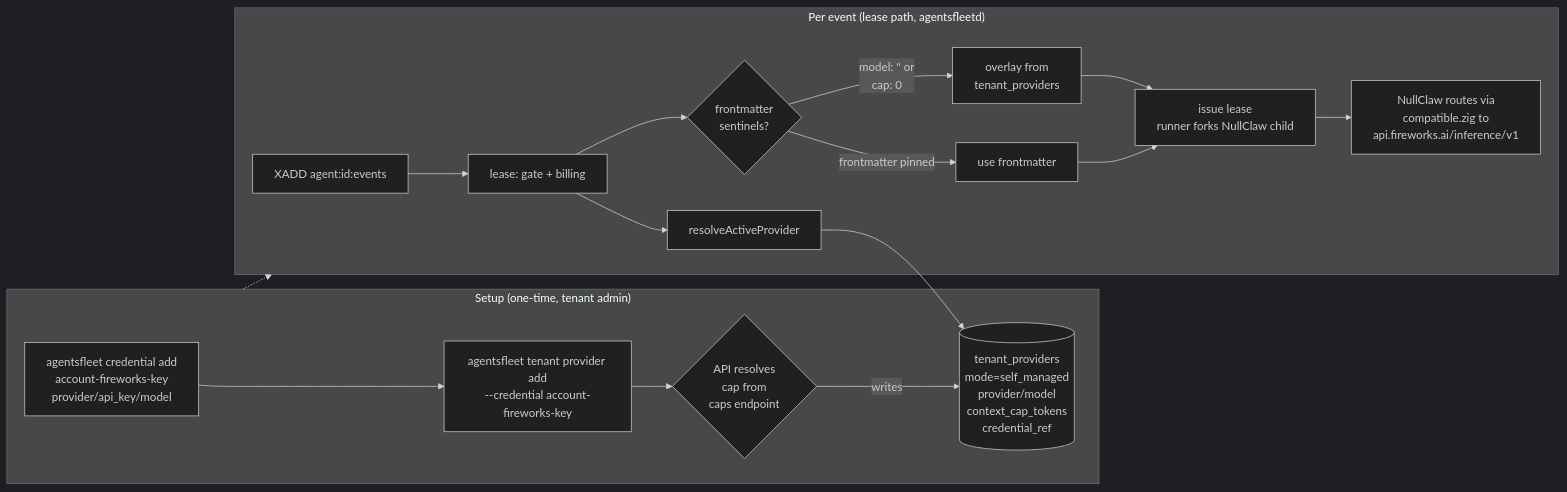
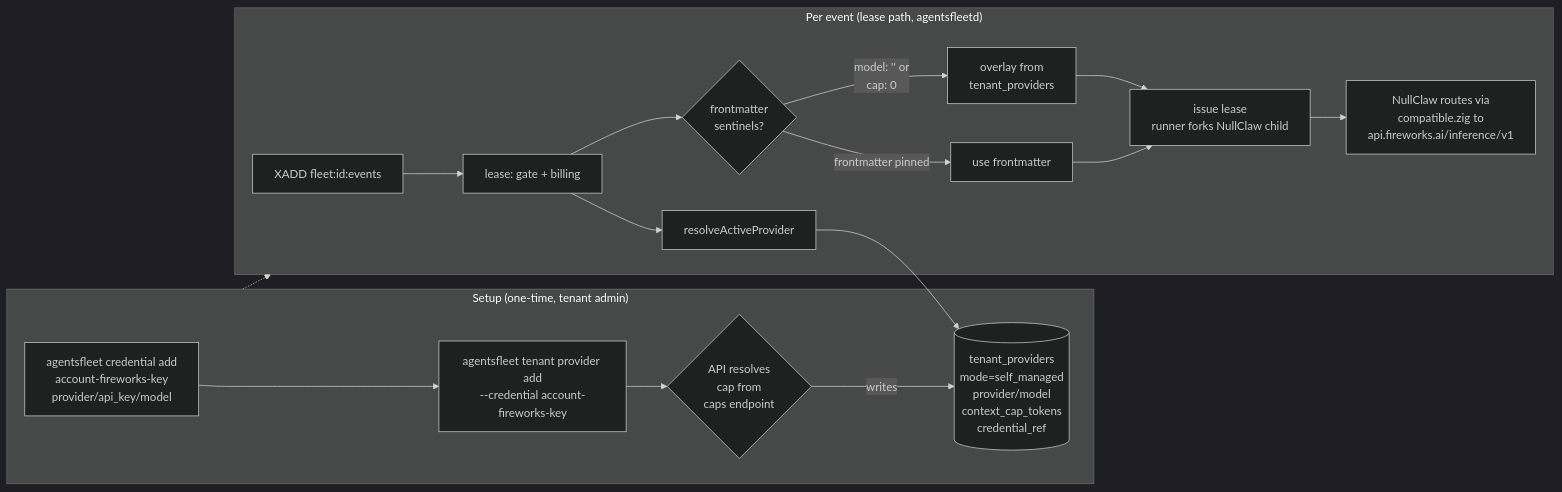
One commit to agentsfleet/agentsfleet changed the diagram in docs/architecture/scenarios/02_self_managed.md. Above: the diagram before and after it, drawn with Mermaid (dark theme). The commit also changed other lines of this file and 787 other files, not shown here.

First line of the commit message:
chore(m94): WIP snapshot — fleet-bundle scaffolding + architecture docs reconciled

````diff
--- a/docs/architecture/scenarios/02_self_managed.md
+++ b/docs/architecture/scenarios/02_self_managed.md
@@ -23,20 +23,20 @@
 ```mermaid
 flowchart LR
     subgraph Setup["Setup (one-time, tenant admin)"]
         A[agentsfleet credential add<br/>account-fireworks-key<br/>provider/api_key/model] --> B[agentsfleet tenant provider add<br/>--credential account-fireworks-key]
         B --> C{API resolves<br/>cap from<br/>caps endpoint}
         C -->|writes| D[(tenant_providers<br/>mode=self_managed<br/>provider/model<br/>context_cap_tokens<br/>credential_ref)]
     end
     subgraph Trigger["Per event (lease path, agentsfleetd)"]
-        E[XADD agent:id:events] --> F[lease: gate + billing]
+        E[XADD fleet:id:events] --> F[lease: gate + billing]
         F --> G[resolveActiveProvider]
         G --> D
         F --> H{frontmatter<br/>sentinels?}
         H -->|model: '' or<br/>cap: 0| I[overlay from<br/>tenant_providers]
         H -->|frontmatter pinned| J[use frontmatter]
         I --> K[issue lease<br/>runner forks NullClaw child]
         J --> K
         K --> L[NullClaw routes via<br/>compatible.zig to<br/>api.fireworks.ai/inference/v1]
     end
     Setup -.-> Trigger
 ```
````
